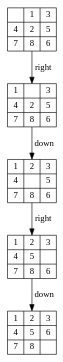
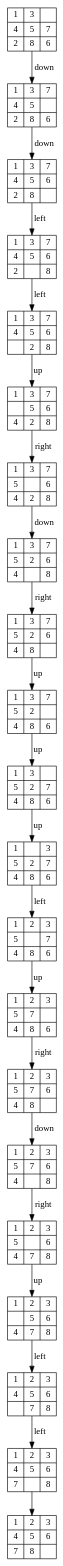
Before and after one commit to luckymls/VisualTreeSearch: the diagram in IDS algorithm.gv, drawn with Graphviz. The commit also changed 8 other files, not shown here.

```diff
--- a/IDS algorithm.gv
+++ b/IDS algorithm.gv
@@ -1,12 +1,44 @@
 digraph "IDS algorithm" {
 	node [shape=record]
-	0 [label="{ |4|7}|{1|2|8}|{3|5|6}"]
-	1 [label="{1|4|7}|{ |2|8}|{3|5|6}"]
-	0 -> 1 [label=right]
-	2 [label="{1|4|7}|{2| |8}|{3|5|6}"]
+	0 [label="{1|4|2}|{3|5|8}|{ |7|6}"]
+	1 [label="{1|4|2}|{3|5|8}|{7| |6}"]
+	0 -> 1 [label=down]
+	2 [label="{1|4|2}|{3|5|8}|{7|6| }"]
 	1 -> 2 [label=down]
-	3 [label="{1|4|7}|{2|5|8}|{3| |6}"]
-	2 -> 3 [label=right]
-	4 [label="{1|4|7}|{2|5|8}|{3|6| }"]
-	3 -> 4 [label=down]
+	3 [label="{1|4|2}|{3|5| }|{7|6|8}"]
+	2 -> 3 [label=left]
+	4 [label="{1|4| }|{3|5|2}|{7|6|8}"]
+	3 -> 4 [label=left]
+	5 [label="{1| |4}|{3|5|2}|{7|6|8}"]
+	4 -> 5 [label=up]
+	6 [label="{1|5|4}|{3| |2}|{7|6|8}"]
+	5 -> 6 [label=right]
+	7 [label="{1|5|4}|{3|2| }|{7|6|8}"]
+	6 -> 7 [label=down]
+	8 [label="{1|5|4}|{3|2|8}|{7|6| }"]
+	7 -> 8 [label=right]
+	9 [label="{1|5|4}|{3|2|8}|{7| |6}"]
+	8 -> 9 [label=up]
+	10 [label="{1|5|4}|{3|2|8}|{ |7|6}"]
+	9 -> 10 [label=up]
+	11 [label="{1|5|4}|{ |2|8}|{3|7|6}"]
+	10 -> 11 [label=up]
+	12 [label="{1|5|4}|{2| |8}|{3|7|6}"]
+	11 -> 12 [label=left]
+	13 [label="{1|5|4}|{2|7|8}|{3| |6}"]
+	12 -> 13 [label=up]
+	14 [label="{1|5|4}|{2|7|8}|{3|6| }"]
+	13 -> 14 [label=right]
+	15 [label="{1|5|4}|{2|7| }|{3|6|8}"]
+	14 -> 15 [label=down]
+	16 [label="{1|5|4}|{2| |7}|{3|6|8}"]
+	15 -> 16 [label=right]
+	17 [label="{1| |4}|{2|5|7}|{3|6|8}"]
+	16 -> 17 [label=up]
+	18 [label="{1|4| }|{2|5|7}|{3|6|8}"]
+	17 -> 18 [label=left]
+	19 [label="{1|4|7}|{2|5| }|{3|6|8}"]
+	18 -> 19 [label=left]
+	20 [label="{1|4|7}|{2|5|8}|{3|6| }"]
+	19 -> 20
 }
```
